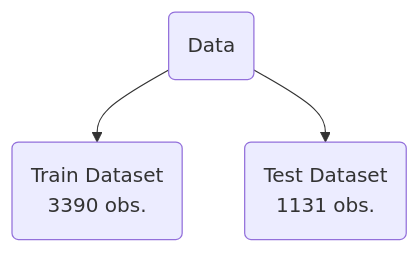
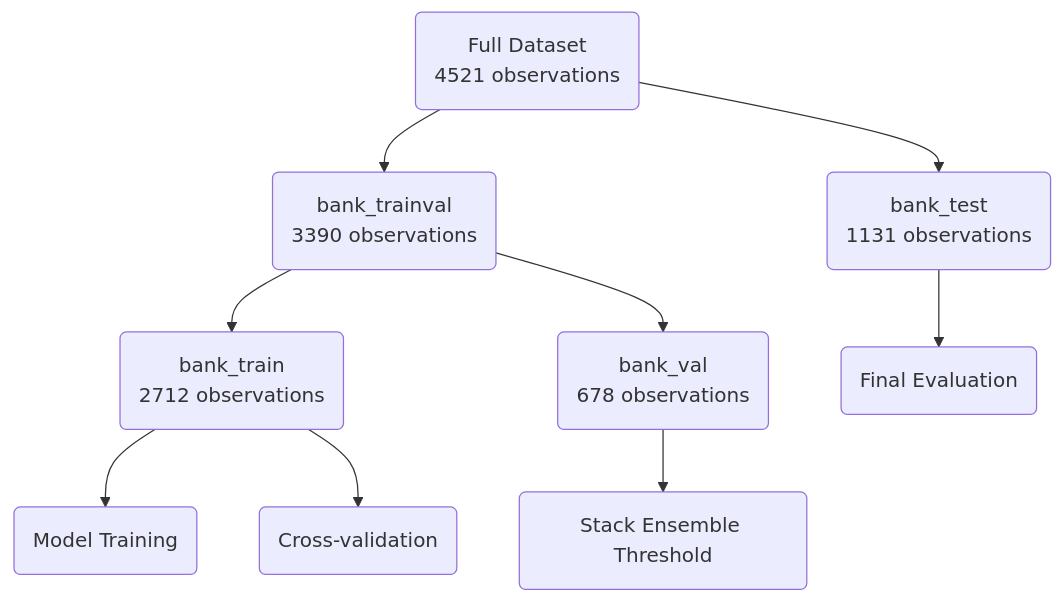
One commit to stesiam/stesiam.github.io changed the second of 2 diagrams in posts/predict-possible-clients/index.qmd. Above: the diagram before and after it, drawn with Mermaid. The commit also changed other lines of this file and 11 other files, not shown here.

````diff
--- a/posts/predict-possible-clients/index.qmd
+++ b/posts/predict-possible-clients/index.qmd
@@ -822,5 +977,15 @@
-```{mermaid, echo = FALSE}
+```{mermaid}
+%%| echo: false
+%%| label: fig-diagram-split
+%%| fig-cap: "Three-way data split"
+
 graph TD;
-  A(Data) --> B(Train Dataset <br> 3390 obs.)
-  A(Data) --> C(Test  Dataset <br> 1131 obs.)
+  A(Full Dataset <br> 4521 observations) --> B(bank_trainval <br> 3390 observations)
+  A --> C(bank_test <br> 1131 observations)
+  B --> D(bank_train <br> 2712 observations)
+  B --> E(bank_val <br> 678 observations)
+  D --> F(Model Training)
+  D --> G(Cross-validation)
+  E --> H(Stack Ensemble Threshold)
+  C --> I(Final Evaluation)
 ```
````
